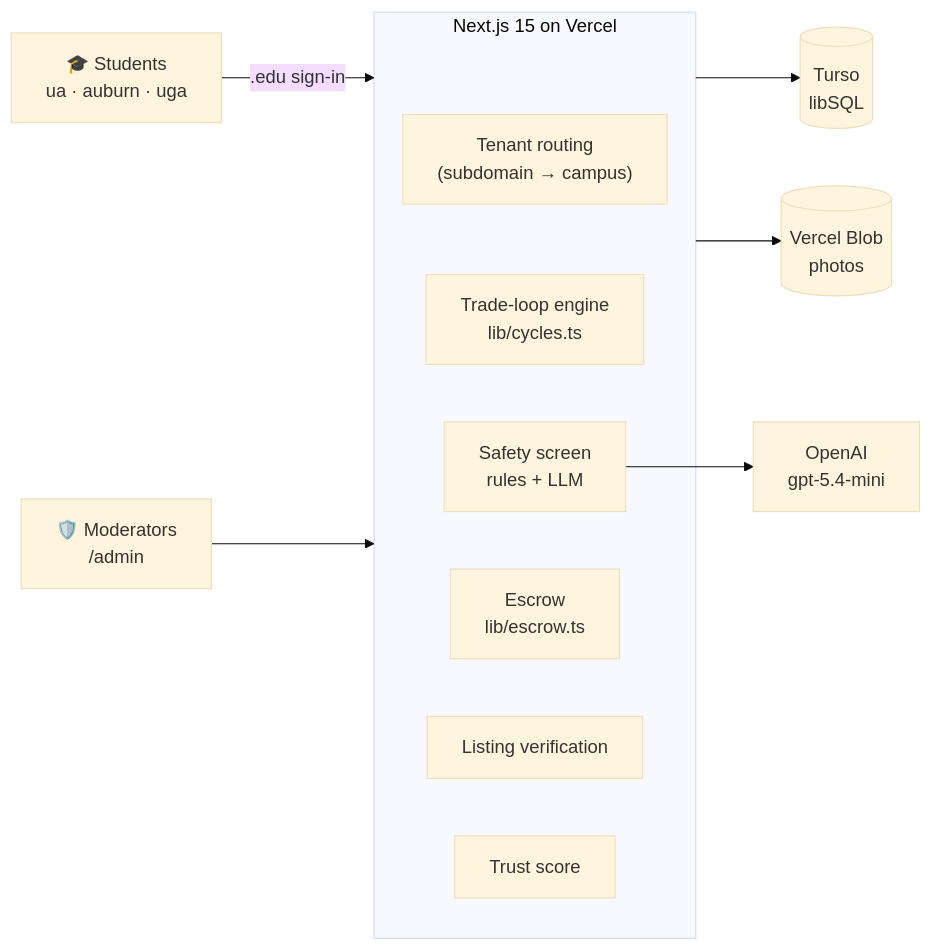
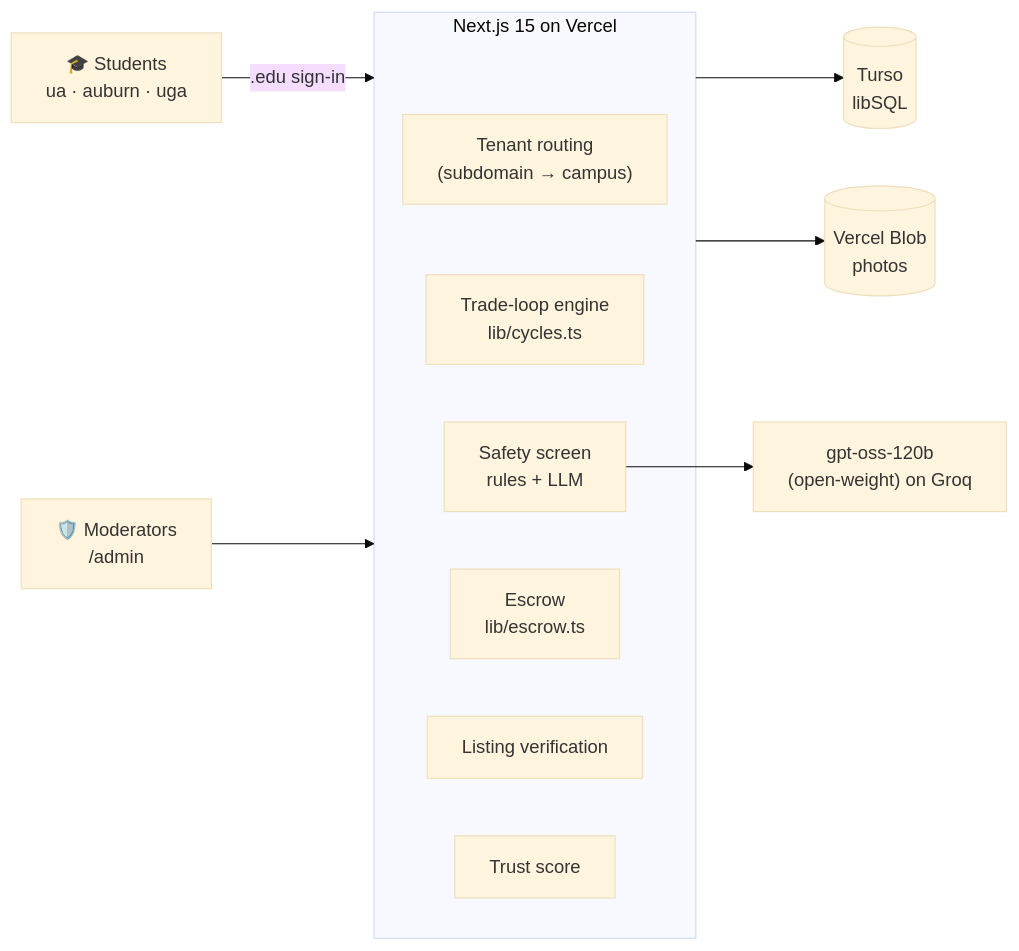
One commit to kejihela/HackBama changed the diagram in README.md. Above: the diagram before and after it, drawn with Mermaid (base theme). The commit also changed other lines of this file and 3 other files, not shown here.

First line of the commit message:
Switch the AI safety screen to OpenAI's open-weight gpt-oss on Groq

````diff
--- a/README.md
+++ b/README.md
@@ -98,18 +99,18 @@
 ```mermaid
 flowchart LR
     S["🎓 Students<br/>ua · auburn · uga"] -->|".edu sign-in"| APP
 
     subgraph APP["Next.js 15 on Vercel"]
         MW["Tenant routing<br/>(subdomain → campus)"]
         LOOP["Trade-loop engine<br/>lib/cycles.ts"]
         SAFE["Safety screen<br/>rules + LLM"]
         ESC["Escrow<br/>lib/escrow.ts"]
         VER["Listing verification"]
         TRUST["Trust score"]
     end
 
     APP --> DB[("Turso<br/>libSQL")]
     APP --> BLOB[("Vercel Blob<br/>photos")]
-    SAFE --> AI["OpenAI<br/>gpt-5.4-mini"]
+    SAFE --> AI["gpt-oss-120b<br/>(open-weight) on Groq"]
     MOD["🛡️ Moderators<br/>/admin"] --> APP
 ```
````
